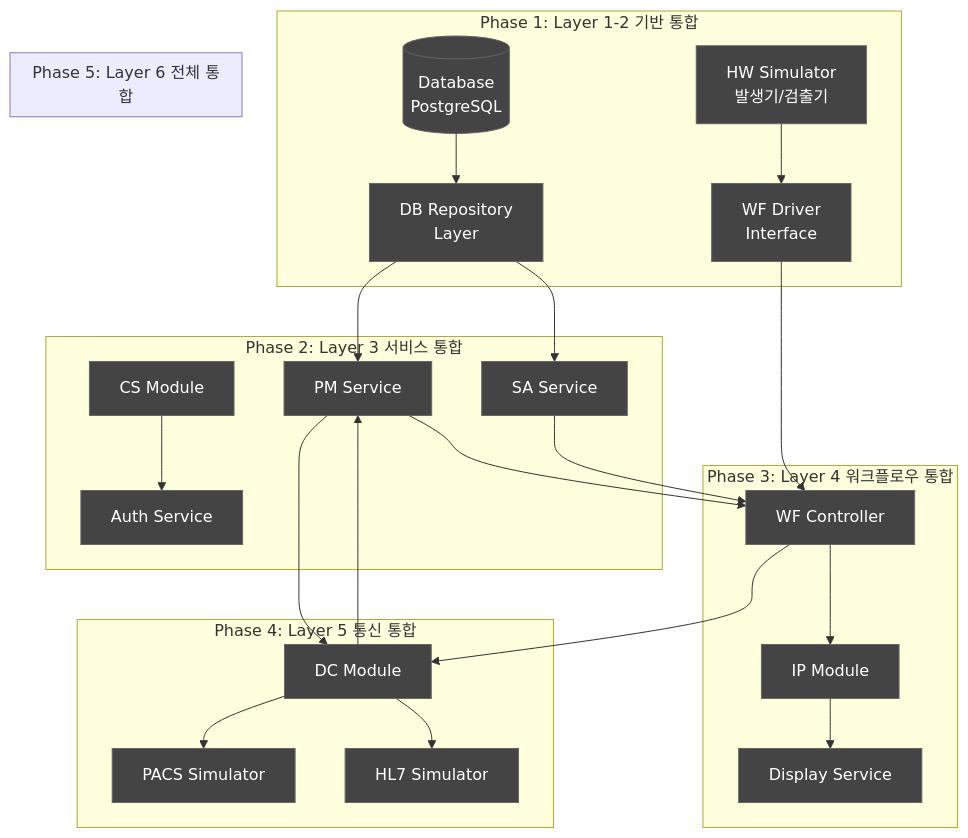
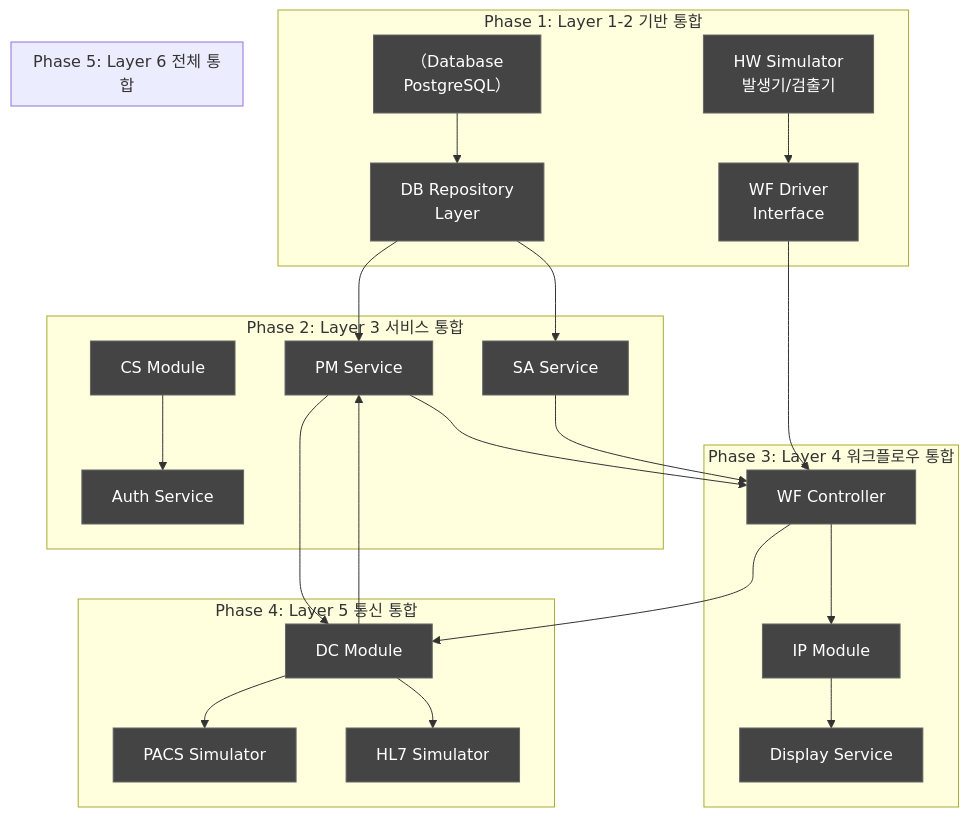
The first of 5 diagrams in docs/testing/DOC-013_IntegTestPlan_v1.0.md (holee9/console-gui), drawn with Mermaid before and after one commit. The commit also changed other lines of this file and 22 other files, not shown here.

First line of the commit message:
fix: Mermaid flowchart 노드 내 괄호 파싱 오류 전면 수정

````diff
--- a/docs/testing/DOC-013_IntegTestPlan_v1.0.md
+++ b/docs/testing/DOC-013_IntegTestPlan_v1.0.md
@@ -113,40 +113,40 @@
 ```mermaid
 graph TB
     classDef default fill:#444,stroke:#666,color:#fff
     subgraph "Phase 1: Layer 1-2 기반 통합"
-        DB[(Database\nPostgreSQL)]
+        DB[（Database\nPostgreSQL）]
         DBR[DB Repository\nLayer]
         HWSim[HW Simulator\n발생기/검출기]
         DB --> DBR
         HWSim --> WFDriver[WF Driver\nInterface]
     end
 
     subgraph "Phase 2: Layer 3 서비스 통합"
         DBR --> PMService[PM Service]
         DBR --> SAService[SA Service]
         AuthSvc[Auth Service]
         CSModule[CS Module] --> AuthSvc
     end
 
     subgraph "Phase 3: Layer 4 워크플로우 통합"
         PMService --> WFCtrl[WF Controller]
         WFDriver --> WFCtrl
         WFCtrl --> IPModule[IP Module]
         IPModule --> DisplaySvc[Display Service]
     end
 
     subgraph "Phase 4: Layer 5 통신 통합"
         DCModule[DC Module]
         PACSsim[PACS Simulator]
         HL7Sim[HL7 Simulator]
         DCModule --> PACSsim
         DCModule --> HL7Sim
         DCModule --> PMService
     end
 
     subgraph "Phase 5: Layer 6 전체 통합"
         WFCtrl --> DCModule
         PMService --> DCModule
         SAService --> WFCtrl
     end
 ```
````
